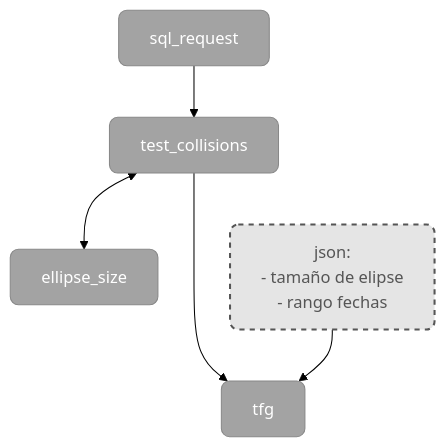
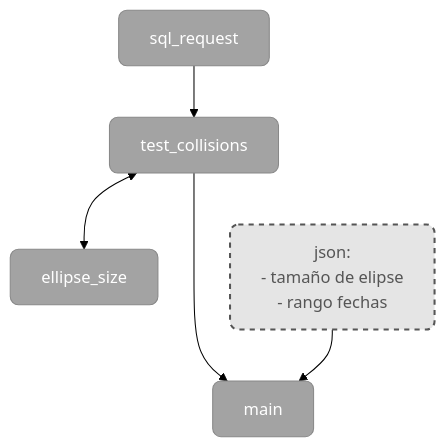
One commit to PabloMartinmi/TFG-Navegacion-Agresiva changed the diagram in README.md. Above: the diagram before and after it, drawn with Mermaid (forest theme).

````diff
--- a/README.md
+++ b/README.md
@@ -19,22 +19,20 @@
 ```mermaid
 flowchart TD
-    %% Definición de estilos
     classDef caja fill:#a3a3a3,stroke:#888,stroke-width:1px,color:#fff,rx:8px,ry:8px;
     classDef cajaDashed fill:#e5e5e5,stroke:#555,stroke-width:2px,stroke-dasharray: 5 5,color:#555,rx:8px,ry:8px;
 
     %% Declaración de nodos
     SQL[sql_request]:::caja
     ES[ellipse_size]:::caja
     TC[test_collisions]:::caja
     JSON["json:<br>- tamaño de elipse<br>- rango fechas"]:::cajaDashed
-    TFG[tfg]:::caja
+    MAIN[main]:::caja
 
     %% Flujo de las flechas
     SQL --> TC
     TC <--> ES
-    TC --> TFG
-    JSON --> TFG
+    TC --> MAIN
+    JSON --> MAIN
 
-    %% Conexión invisible para forzar a JSON a ir abajo a la izquierda (evita cruces)
     TC ~~~ JSON
 ```
````
